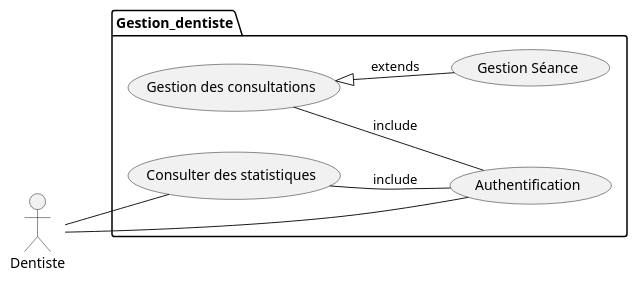
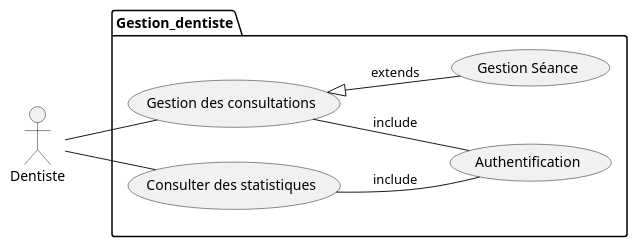
The diagram in docs/Gestion_dentiste/cas-utilisation.puml (cnmh/cnmh), drawn with PlantUML before and after one commit. The commit also changed 1 other file, not shown here.

```diff
--- a/docs/Gestion_dentiste/cas-utilisation.puml
+++ b/docs/Gestion_dentiste/cas-utilisation.puml
@@ -1,17 +1,17 @@
 @startuml Gestion_dentiste
 
 left to right direction
 
 actor Dentiste as dentiste
 
 package "Gestion_dentiste" {
 
-  dentiste -- (Authentification)
+  dentiste -- (Gestion des consultations)
   dentiste -- (Consulter des statistiques)
 
   (Gestion des consultations) <|-- (Gestion Séance) : extends
   (Gestion des consultations) -- (Authentification) : include
   (Consulter des statistiques) -- (Authentification) : include
 }
 
 @enduml
```
